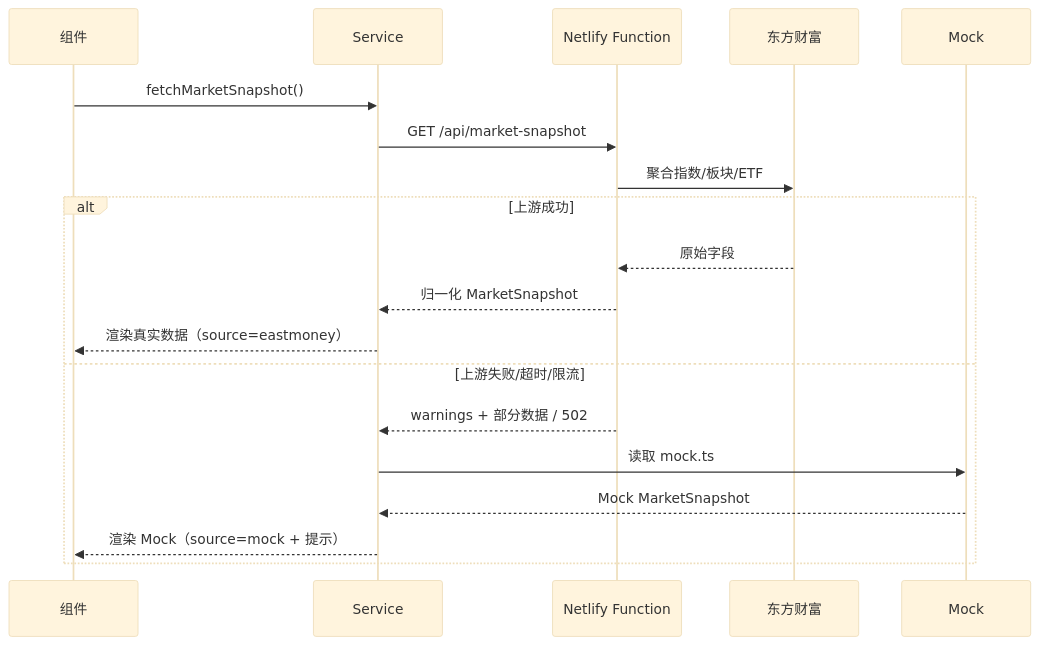
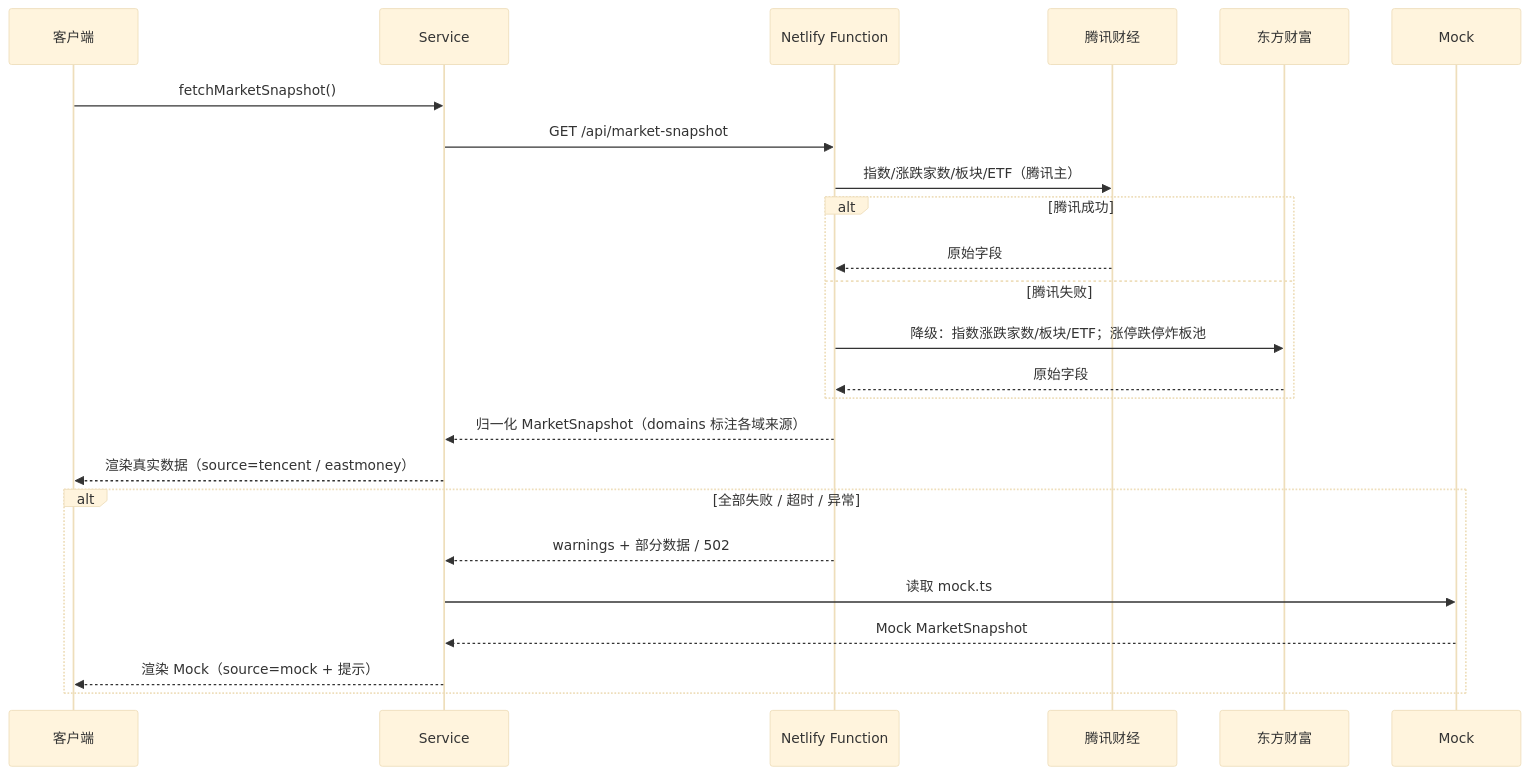
Before and after one commit to xingjiy/market_radar: the third of 15 diagrams in docs/A股市场雷达_Radar_OS_产品设计文档.md, drawn with Mermaid (base theme). The commit also changed other lines of this file and 5 other files, not shown here.

````diff
--- a/docs/A股市场雷达_Radar_OS_产品设计文档.md
+++ b/docs/A股市场雷达_Radar_OS_产品设计文档.md
@@ -281,21 +292,26 @@
 ```mermaid
 sequenceDiagram
-    participant C as 组件
+    participant C as 客户端
     participant S as Service
     participant F as Netlify Function
+    participant T as 腾讯财经
     participant E as 东方财富
     participant M as Mock
     C->>S: fetchMarketSnapshot()
     S->>F: GET /api/market-snapshot
-    F->>E: 聚合指数/板块/ETF
-    alt 上游成功
+    F->>T: 指数/涨跌家数/板块/ETF（腾讯主）
+    alt 腾讯成功
+        T-->>F: 原始字段
+    else 腾讯失败
+        F->>E: 降级：指数涨跌家数/板块/ETF；涨停跌停炸板池
         E-->>F: 原始字段
-        F-->>S: 归一化 MarketSnapshot
-        S-->>C: 渲染真实数据（source=eastmoney）
-    else 上游失败/超时/限流
+    end
+    F-->>S: 归一化 MarketSnapshot（domains 标注各域来源）
+    S-->>C: 渲染真实数据（source=tencent / eastmoney）
+    alt 全部失败 / 超时 / 异常
         F-->>S: warnings + 部分数据 / 502
         S->>M: 读取 mock.ts
         M-->>S: Mock MarketSnapshot
         S-->>C: 渲染 Mock（source=mock + 提示）
     end
 ```
````
